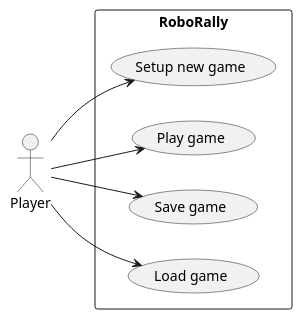
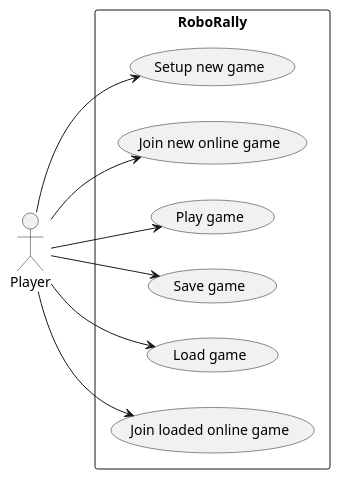
The diagram in PlantUML/UseCase.puml (GabeKierk889/Gruppe-10-RoboRally), drawn with PlantUML before and after one commit.

Commit message:
updated use case diagram

```diff
--- a/PlantUML/UseCase.puml
+++ b/PlantUML/UseCase.puml
@@ -1,18 +1,22 @@
 @startuml
 'https://plantuml.com/use-case-diagram
 
 left to right direction
 actor "Player" as player
 rectangle RoboRally {
   usecase "Setup new game" as UC1
+  usecase "Join new online game" as UC5
   usecase "Play game" as UC2
   usecase "Save game" as UC3
   usecase "Load game" as UC4
+  usecase "Join loaded online game" as UC6
 }
 
 player --> UC1
 player --> UC2
 player --> UC3
 player --> UC4
+player --> UC5
+player --> UC6
 
 @enduml
```
